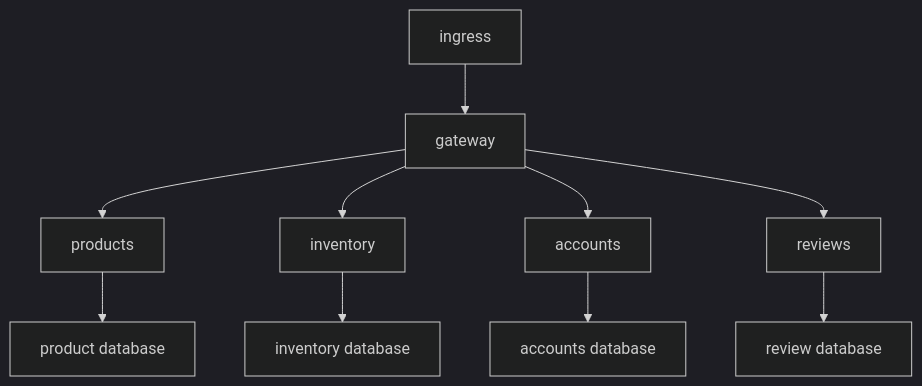
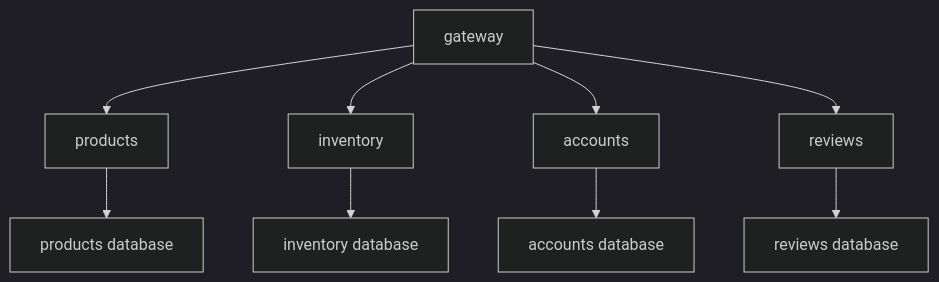
One commit to sau-lanvy/graphql-federation-started changed the diagram in README.md. Above: the diagram before and after it, drawn with Mermaid (dark theme).

````diff
--- a/README.md
+++ b/README.md
@@ -4,10 +4,9 @@
 ```mermaid
   graph TD
-      ingress--> gateway
       gateway--> products & inventory & accounts & reviews
-      products--> P[product database]
+      products--> P[products database]
       inventory--> I[inventory database]
       accounts--> A[accounts database]
-      reviews--> R[review database]
+      reviews--> R[reviews database]
   
 ```
````
